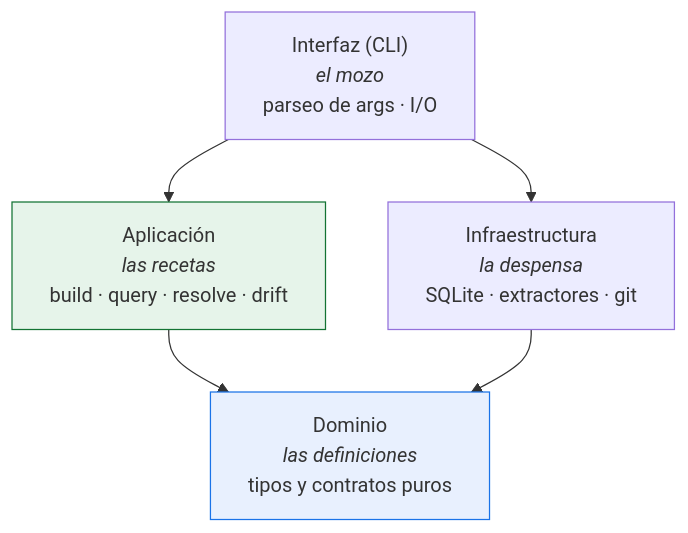
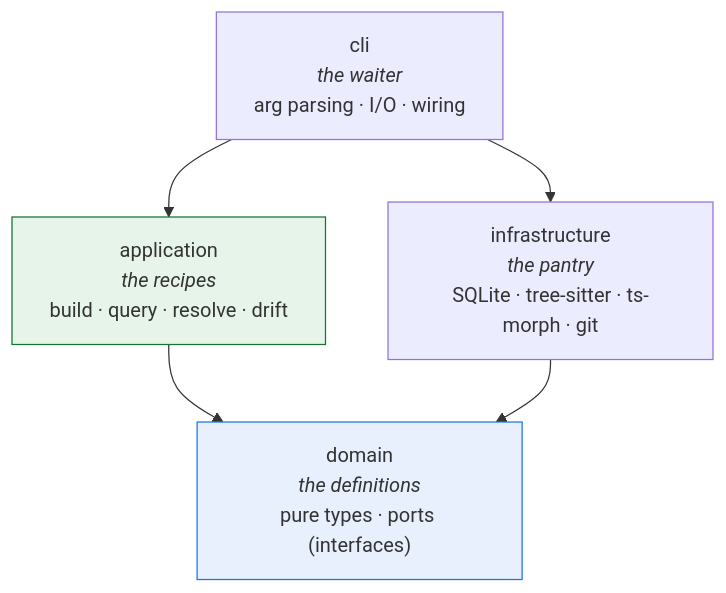
One commit to Kolimar/leina changed the first of 4 diagrams in docs/concepts/01-arquitectura.md. Above: the diagram before and after it, drawn with Mermaid. The commit also changed other lines of this file and 27 other files, not shown here.

````diff
--- a/docs/concepts/01-arquitectura.md
+++ b/docs/concepts/01-arquitectura.md
@@ -30,15 +31,15 @@
 ```mermaid
 flowchart TD
-    cli["Interfaz (CLI)<br/><i>el mozo</i><br/>parseo de args · I/O"]
-    app["Aplicación<br/><i>las recetas</i><br/>build · query · resolve · drift"]
-    infra["Infraestructura<br/><i>la despensa</i><br/>SQLite · extractores · git"]
-    domain["Dominio<br/><i>las definiciones</i><br/>tipos y contratos puros"]
+    cli["cli<br/><i>the waiter</i><br/>arg parsing · I/O · wiring"]
+    app["application<br/><i>the recipes</i><br/>build · query · resolve · drift"]
+    infra["infrastructure<br/><i>the pantry</i><br/>SQLite · tree-sitter · ts-morph · git"]
+    domain["domain<br/><i>the definitions</i><br/>pure types · ports (interfaces)"]
 
     cli --> app
     cli --> infra
     app --> domain
     infra --> domain
 
     style domain fill:#e8f0fe,stroke:#1a73e8
     style app fill:#e6f4ea,stroke:#137333
 ```
````
